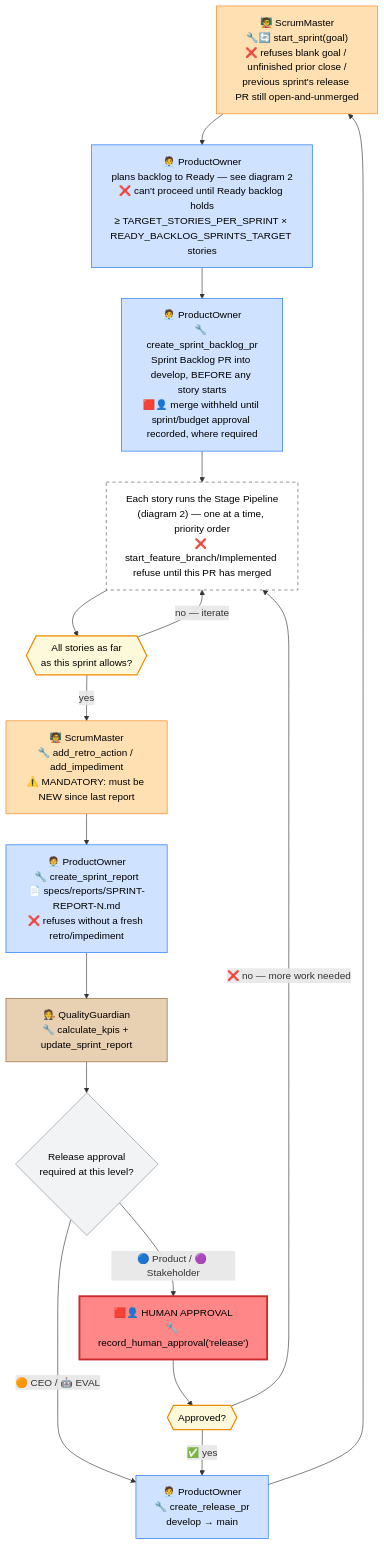
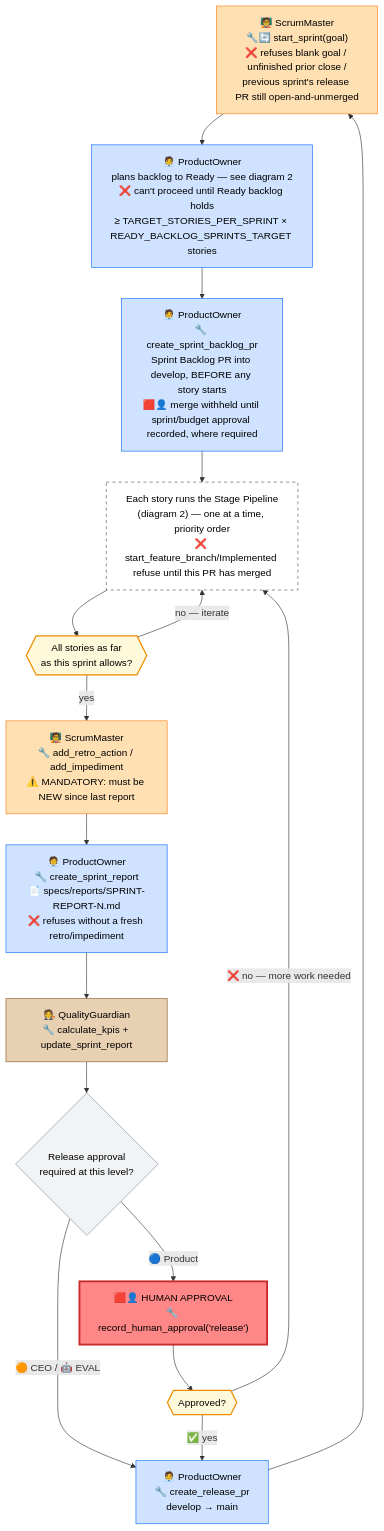
Before and after one commit to CI-Till-Krempel/Horseless-Carriage: the first of 3 diagrams in docs/DEVELOPMENT-WORKFLOW.md, drawn with Mermaid. The commit also changed other lines of this file and 27 other files, not shown here.

````diff
--- a/docs/DEVELOPMENT-WORKFLOW.md
+++ b/docs/DEVELOPMENT-WORKFLOW.md
@@ -57,30 +57,30 @@
 ```mermaid
 flowchart TD
     A["🧑‍🏫 ScrumMaster\n🔧🔄 start_sprint(goal)\n❌ refuses blank goal / unfinished prior close /\nprevious sprint's release PR still open-and-unmerged"]:::sm --> B["🧑‍💼 ProductOwner\nplans backlog to Ready — see diagram 2\n❌ can't proceed until Ready backlog holds\n≥ TARGET_STORIES_PER_SPRINT × READY_BACKLOG_SPRINTS_TARGET stories"]:::po
     B --> C["🧑‍💼 ProductOwner\n🔧 create_sprint_backlog_pr\nSprint Backlog PR into develop, BEFORE any story starts\n🟥👤 merge withheld until sprint/budget approval recorded, where required"]:::po
     C --> D["Each story runs the Stage Pipeline\n(diagram 2) — one at a time, priority order\n❌ start_feature_branch/Implemented refuse until this PR has merged"]:::multi
     D --> E{{"All stories as far\nas this sprint allows?"}}:::loop
     E -- "no — iterate" --> D
     E -- yes --> F["🧑‍🏫 ScrumMaster\n🔧 add_retro_action / add_impediment\n⚠️ MANDATORY: must be NEW since last report"]:::sm
     F --> G["🧑‍💼 ProductOwner\n🔧 create_sprint_report\n📄 specs/reports/SPRINT-REPORT-N.md\n❌ refuses without a fresh retro/impediment"]:::po
     G --> H["🧑‍⚖️ QualityGuardian\n🔧 calculate_kpis + update_sprint_report"]:::qg
     H --> I{"Release approval\nrequired at this level?"}:::gate
-    I -- "🔵 Product / 🟣 Stakeholder" --> J["🟥👤 HUMAN APPROVAL\n🔧 record_human_approval('release')"]:::human
+    I -- "🔵 Product" --> J["🟥👤 HUMAN APPROVAL\n🔧 record_human_approval('release')"]:::human
     I -- "🟠 CEO / 🤖 EVAL" --> K
     J --> ReleaseGate{{"Approved?"}}:::loop
     ReleaseGate -- "❌ no — more work needed" --> D
     ReleaseGate -- "✅ yes" --> K
     K["🧑‍💼 ProductOwner\n🔧 create_release_pr\ndevelop → main"]:::po
     K --> A
 
     classDef po fill:#cfe2ff,stroke:#0d6efd,color:#000
     classDef sm fill:#ffe0b3,stroke:#fd7e14,color:#000
     classDef dev fill:#d1f7d6,stroke:#198754,color:#000
     classDef arch fill:#e6d9f7,stroke:#6f42c1,color:#000
     classDef qa fill:#fff3b0,stroke:#e0b400,color:#000
     classDef qg fill:#e8d0b3,stroke:#8b5a2b,color:#000
     classDef human fill:#ff8787,stroke:#c92a2a,stroke-width:3px,color:#000
     classDef gate fill:#f1f3f5,stroke:#868e96,color:#000
     classDef multi fill:#ffffff,stroke:#495057,stroke-dasharray: 5 5,color:#000
     classDef loop fill:#fff9db,stroke:#f08c00,stroke-width:2px,color:#000
 ```
````
